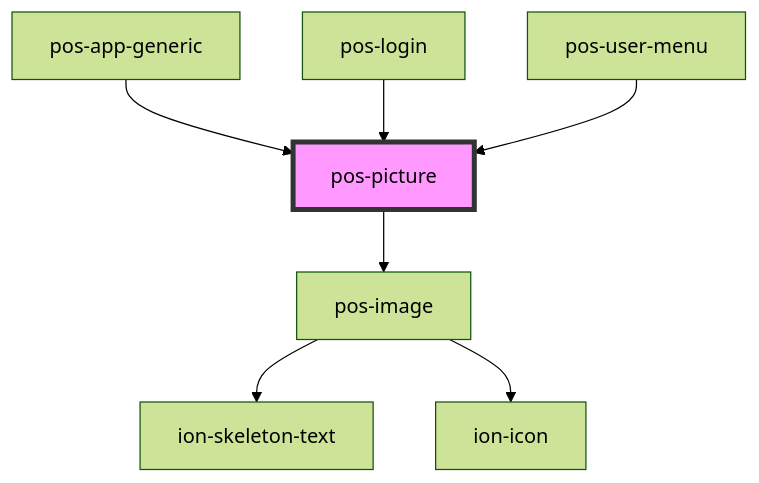
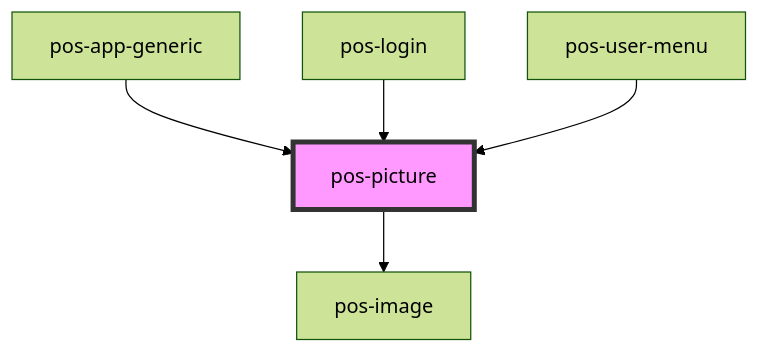
One commit to pod-os/PodOS changed the diagram in docs/elements/components/pos-picture/readme.md. Above: the diagram before and after it, drawn with Mermaid (forest theme). The commit also changed 31 other files, not shown here.

````diff
--- a/docs/elements/components/pos-picture/readme.md
+++ b/docs/elements/components/pos-picture/readme.md
@@ -45,10 +45,8 @@
 ```mermaid
 graph TD;
   pos-picture --> pos-image
-  pos-image --> ion-skeleton-text
-  pos-image --> ion-icon
   pos-app-generic --> pos-picture
   pos-login --> pos-picture
   pos-user-menu --> pos-picture
   style pos-picture fill:#f9f,stroke:#333,stroke-width:4px
 ```
````
